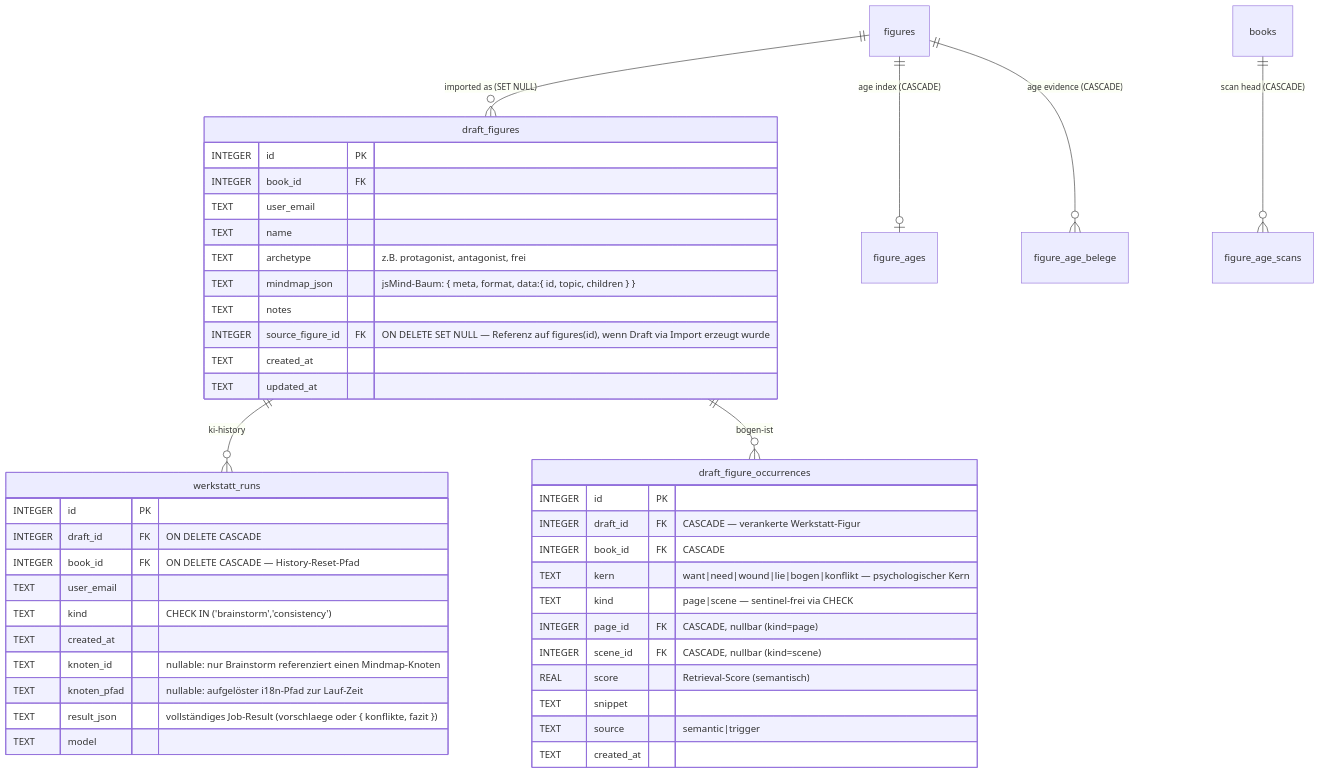
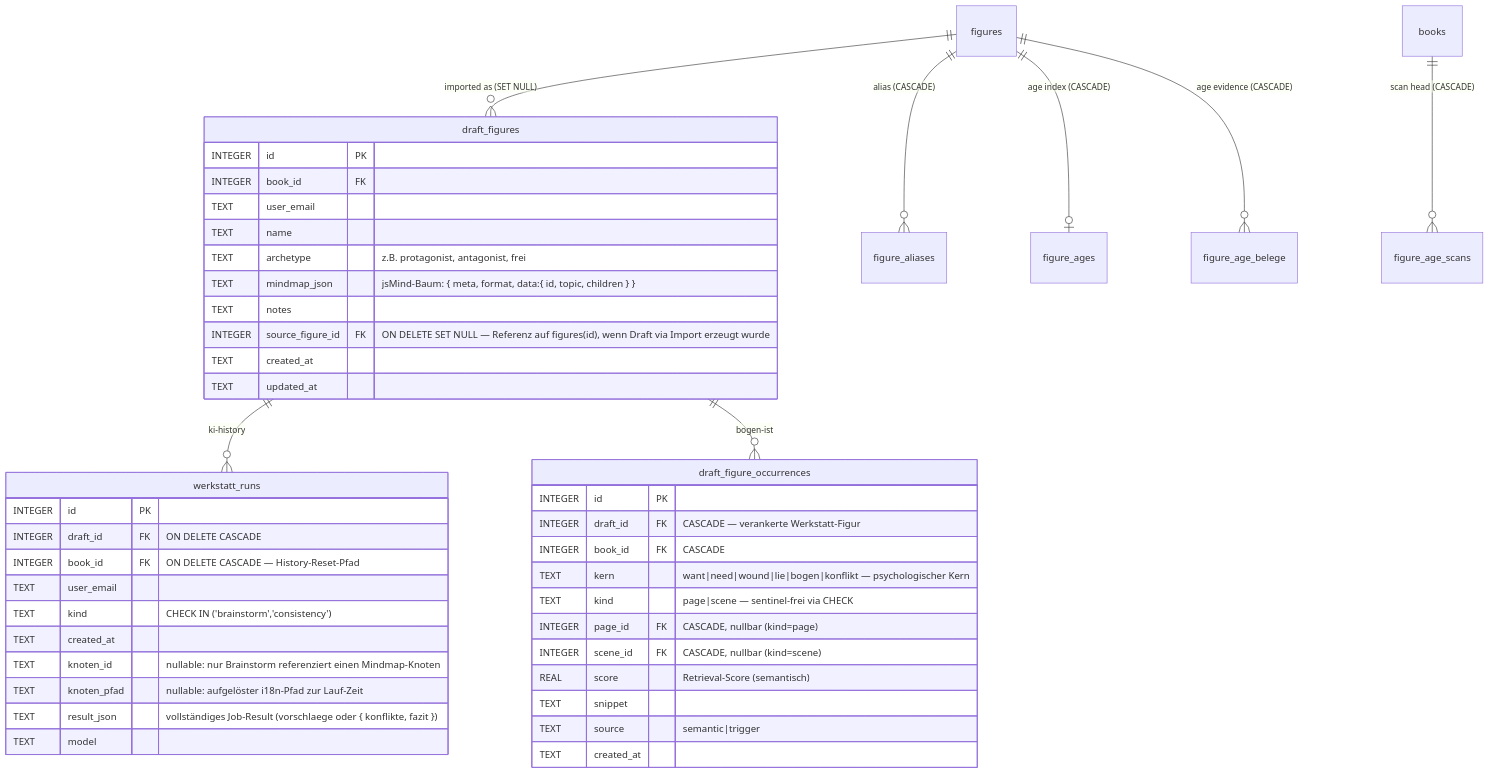
One commit to schreibwerkstatt/schreibwerkstatt changed the fourth of 8 diagrams in docs/erd.md. Above: the diagram before and after it, drawn with Mermaid. The commit also changed other lines of this file and 120 other files, not shown here.

````diff
--- a/docs/erd.md
+++ b/docs/erd.md
@@ -1086,46 +1096,47 @@
 ```mermaid
 erDiagram
   draft_figures {
     INTEGER id               PK
     INTEGER book_id          FK
     TEXT    user_email
     TEXT    name
     TEXT    archetype        "z.B. protagonist, antagonist, frei"
     TEXT    mindmap_json     "jsMind-Baum: { meta, format, data:{ id, topic, children } }"
     TEXT    notes
     INTEGER source_figure_id FK "ON DELETE SET NULL — Referenz auf figures(id), wenn Draft via Import erzeugt wurde"
     TEXT    created_at
     TEXT    updated_at
   }
   draft_figure_occurrences {
     INTEGER id         PK
     INTEGER draft_id   FK "CASCADE — verankerte Werkstatt-Figur"
     INTEGER book_id    FK "CASCADE"
     TEXT    kern       "want|need|wound|lie|bogen|konflikt — psychologischer Kern"
     TEXT    kind       "page|scene — sentinel-frei via CHECK"
     INTEGER page_id    FK "CASCADE, nullbar (kind=page)"
     INTEGER scene_id   FK "CASCADE, nullbar (kind=scene)"
     REAL    score      "Retrieval-Score (semantisch)"
     TEXT    snippet
     TEXT    source     "semantic|trigger"
     TEXT    created_at
   }
   werkstatt_runs {
     INTEGER id          PK
     INTEGER draft_id    FK "ON DELETE CASCADE"
     INTEGER book_id     FK "ON DELETE CASCADE — History-Reset-Pfad"
     TEXT    user_email
     TEXT    kind        "CHECK IN ('brainstorm','consistency')"
     TEXT    created_at
     TEXT    knoten_id   "nullable: nur Brainstorm referenziert einen Mindmap-Knoten"
     TEXT    knoten_pfad "nullable: aufgelöster i18n-Pfad zur Lauf-Zeit"
     TEXT    result_json "vollständiges Job-Result (vorschlaege oder { konflikte, fazit })"
     TEXT    model
   }
+  figures ||--o{ figure_aliases : "alias (CASCADE)"
   figures ||--o| figure_ages : "age index (CASCADE)"
   figures ||--o{ figure_age_belege : "age evidence (CASCADE)"
   books ||--o{ figure_age_scans : "scan head (CASCADE)"
   figures ||--o{ draft_figures : "imported as (SET NULL)"
   draft_figures ||--o{ werkstatt_runs : "ki-history"
   draft_figures ||--o{ draft_figure_occurrences : "bogen-ist"
 ```
````
